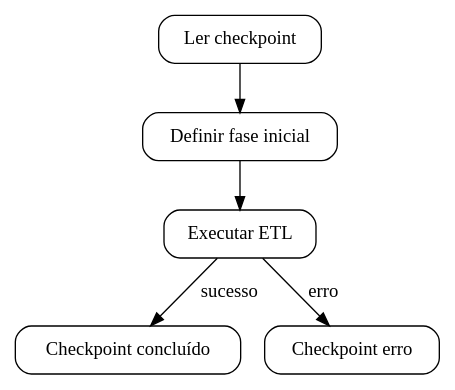
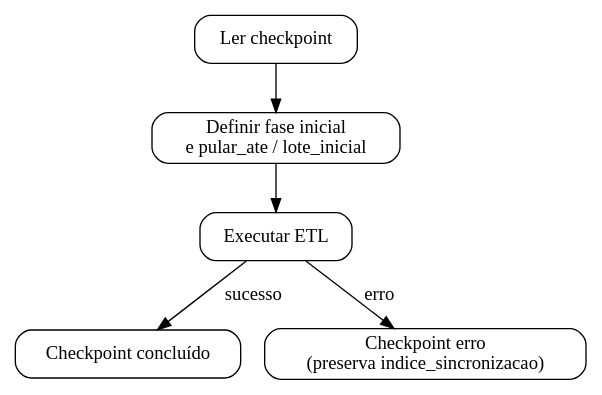
Before and after one commit to prefeiturasp/SME-IntegracaoEOL-MS-ETL: the diagram in docs/dominios/professores/retomada.md, drawn with Graphviz. The commit also changed other lines of this file and 11 other files, not shown here.

````diff
--- a/docs/dominios/professores/retomada.md
+++ b/docs/dominios/professores/retomada.md
@@ -24,16 +31,16 @@
 ```{graphviz}
 digraph G {
     rankdir=TB;
     node [shape=box, style="rounded"];
 
     CP [label="Ler checkpoint"];
-    DEC [label="Definir fase inicial"];
+    DEC [label="Definir fase inicial\ne pular_ate / lote_inicial"];
     RUN [label="Executar ETL"];
     OK [label="Checkpoint concluído"];
-    ER [label="Checkpoint erro"];
+    ER [label="Checkpoint erro\n(preserva indice_sincronizacao)"];
 
     CP -> DEC -> RUN;
     RUN -> OK [label="sucesso"];
     RUN -> ER [label="erro"];
 }
 ```
````
